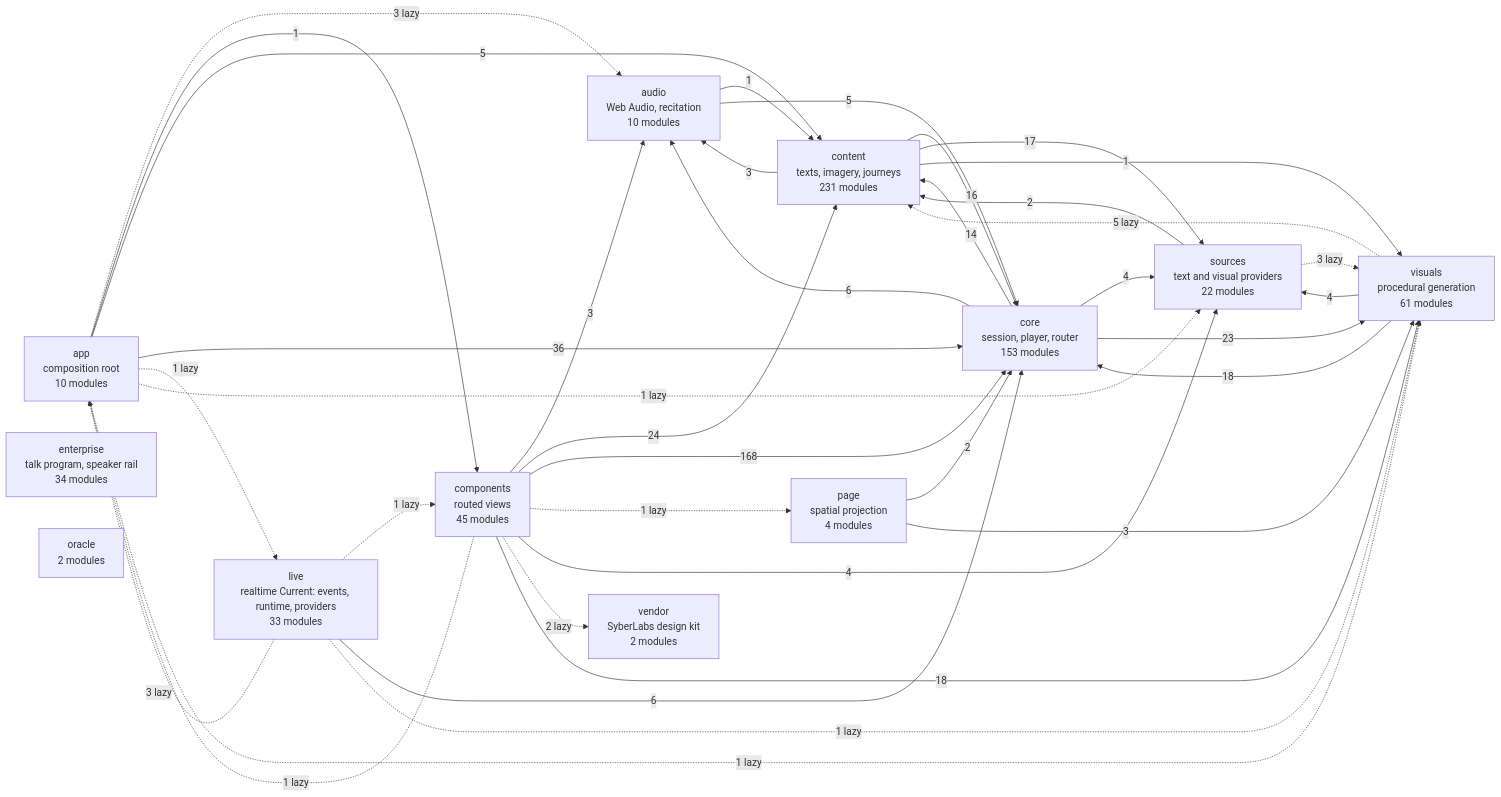
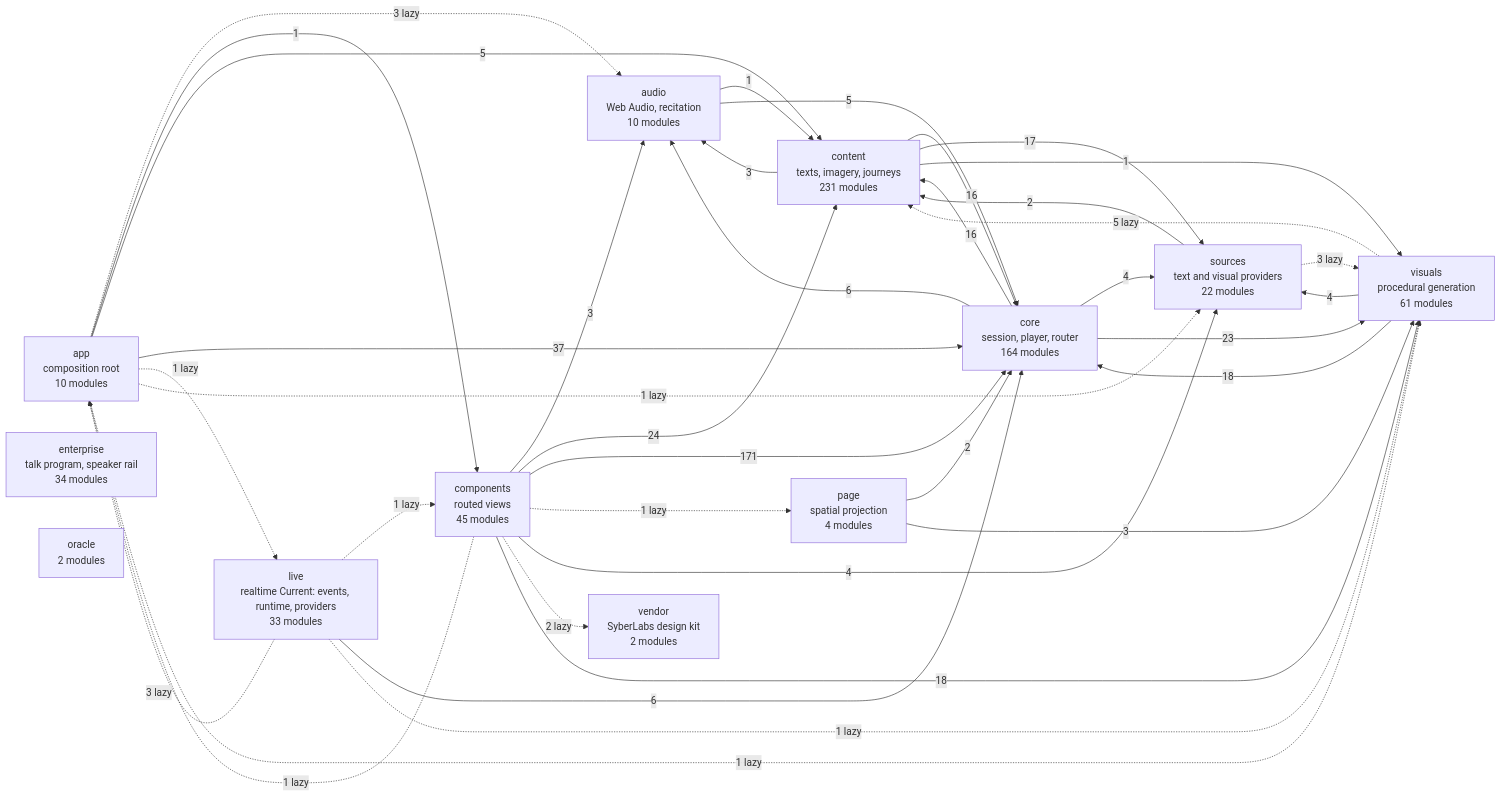
Before and after one commit to SyberLabs/RISE: the diagram in docs/specs/ARCHITECTURE.md, drawn with Mermaid. The commit also changed 119 other files, not shown here.

````diff
--- a/docs/specs/ARCHITECTURE.md
+++ b/docs/specs/ARCHITECTURE.md
@@ -160,52 +160,52 @@
 ```mermaid
 flowchart LR
     app["app<br/>composition root<br/>10 modules"]
     audio["audio<br/>Web Audio, recitation<br/>10 modules"]
     components["components<br/>routed views<br/>45 modules"]
     content["content<br/>texts, imagery, journeys<br/>231 modules"]
-    core["core<br/>session, player, router<br/>153 modules"]
+    core["core<br/>session, player, router<br/>164 modules"]
     enterprise["enterprise<br/>talk program, speaker rail<br/>34 modules"]
     live["live<br/>realtime Current: events, runtime, providers<br/>33 modules"]
     oracle["oracle<br/>2 modules"]
     page["page<br/>spatial projection<br/>4 modules"]
     sources["sources<br/>text and visual providers<br/>22 modules"]
     vendor["vendor<br/>SyberLabs design kit<br/>2 modules"]
     visuals["visuals<br/>procedural generation<br/>61 modules"]
 
     app -.-> |3 lazy| audio
     app --> |1| components
     app --> |5| content
-    app --> |36| core
+    app --> |37| core
     app -.-> |1 lazy| live
     app -.-> |1 lazy| sources
     app -.-> |1 lazy| visuals
     audio --> |1| content
     audio --> |5| core
     components -.-> |1 lazy| app
     components --> |3| audio
     components --> |24| content
-    components --> |168| core
+    components --> |171| core
     components -.-> |1 lazy| page
     components --> |4| sources
     components -.-> |2 lazy| vendor
     components --> |18| visuals
     content --> |3| audio
     content --> |16| core
     content --> |17| sources
     content --> |1| visuals
     core --> |6| audio
-    core --> |14| content
+    core --> |16| content
     core --> |4| sources
     core --> |23| visuals
     live -.-> |3 lazy| app
     live -.-> |1 lazy| components
     live --> |6| core
     live -.-> |1 lazy| visuals
     page --> |2| core
     page --> |3| visuals
     sources --> |2| content
     sources -.-> |3 lazy| visuals
     visuals -.-> |5 lazy| content
     visuals --> |18| core
     visuals --> |4| sources
 ```
````
